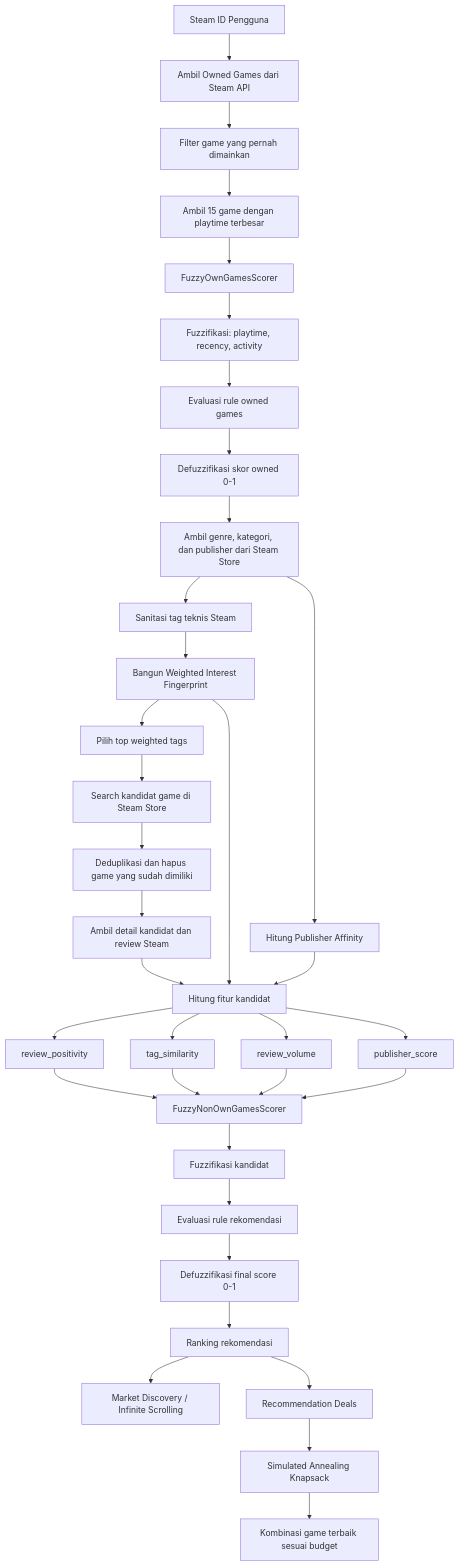
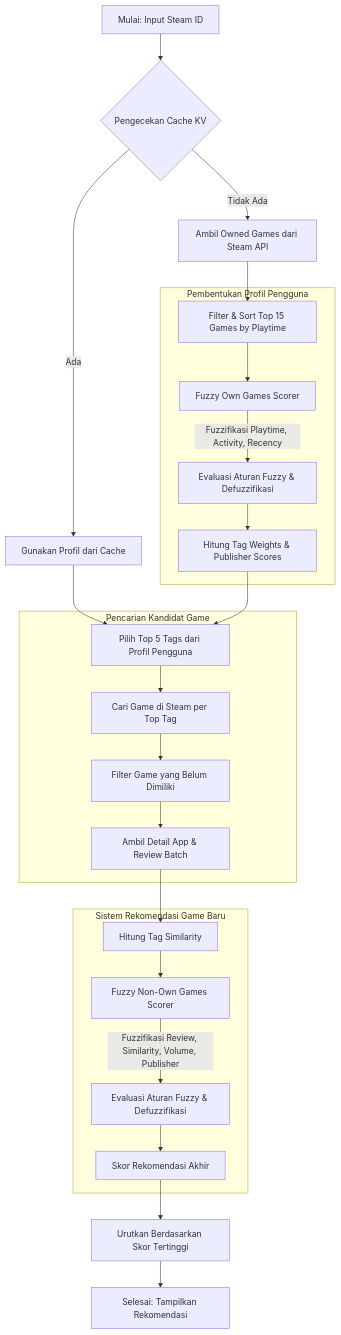
One commit to andika0x01/steam-game-recommender changed the diagram in LAPORAN-AKHIR.md. Above: the diagram before and after it, drawn with Mermaid. The commit also changed other lines of this file, not shown here.

Commit message:
upload laporan akhir

````diff
--- a/LAPORAN-AKHIR.md
+++ b/LAPORAN-AKHIR.md
@@ -16,43 +9,32 @@
 ```mermaid
 flowchart TD
-    A[Steam ID Pengguna] --> B[Ambil Owned Games dari Steam API]
-    B --> C[Filter game yang pernah dimainkan]
-    C --> D[Ambil 15 game dengan playtime terbesar]
-
-    D --> E[FuzzyOwnGamesScorer]
-    E --> E1[Fuzzifikasi: playtime, recency, activity]
-    E1 --> E2[Evaluasi rule owned games]
-    E2 --> E3[Defuzzifikasi skor owned 0-1]
-
-    E3 --> F[Ambil genre, kategori, dan publisher dari Steam Store]
-    F --> G[Sanitasi tag teknis Steam]
-    G --> H[Bangun Weighted Interest Fingerprint]
-    F --> I[Hitung Publisher Affinity]
-
-    H --> J[Pilih top weighted tags]
-    J --> K[Search kandidat game di Steam Store]
-    K --> L[Deduplikasi dan hapus game yang sudah dimiliki]
-    L --> M[Ambil detail kandidat dan review Steam]
-
-    M --> N[Hitung fitur kandidat]
-    H --> N
-    I --> N
-    N --> N1[review_positivity]
-    N --> N2[tag_similarity]
-    N --> N3[review_volume]
-    N --> N4[publisher_score]
-
-    N1 --> O[FuzzyNonOwnGamesScorer]
-    N2 --> O
-    N3 --> O
-    N4 --> O
-    O --> O1[Fuzzifikasi kandidat]
-    O1 --> O2[Evaluasi rule rekomendasi]
-    O2 --> O3[Defuzzifikasi final score 0-1]
-
-    O3 --> P[Ranking rekomendasi]
-    P --> Q[Market Discovery / Infinite Scrolling]
-    P --> R[Recommendation Deals]
-    R --> S[Simulated Annealing Knapsack]
-    S --> T[Kombinasi game terbaik sesuai budget]
+    A[Mulai: Input Steam ID] --> B{Pengecekan Cache KV}
+    B -- Ada --> C[Gunakan Profil dari Cache]
+    B -- Tidak Ada --> D[Ambil Owned Games dari Steam API]
+    D --> E[Filter & Sort Top 15 Games by Playtime]
+    
+    subgraph Profiling [Pembentukan Profil Pengguna]
+        E --> F[Fuzzy Own Games Scorer]
+        F --> |Fuzzifikasi Playtime, Activity, Recency| F1[Evaluasi Aturan Fuzzy & Defuzzifikasi]
+        F1 --> G[Hitung Tag Weights & Publisher Scores]
+    end
+    
+    C --> H
+    G --> H[Pilih Top 5 Tags dari Profil Pengguna]
+    
+    subgraph Pencarian [Pencarian Kandidat Game]
+        H --> I[Cari Game di Steam per Top Tag]
+        I --> J[Filter Game yang Belum Dimiliki]
+        J --> K[Ambil Detail App & Review Batch]
+    end
+    
+    subgraph Penilaian [Sistem Rekomendasi Game Baru]
+        K --> L[Hitung Tag Similarity]
+        L --> M[Fuzzy Non-Own Games Scorer]
+        M --> |Fuzzifikasi Review, Similarity, Volume, Publisher| M1[Evaluasi Aturan Fuzzy & Defuzzifikasi]
+        M1 --> N[Skor Rekomendasi Akhir]
+    end
+    
+    N --> O[Urutkan Berdasarkan Skor Tertinggi]
+    O --> P[Selesai: Tampilkan Rekomendasi]
 ```
````
